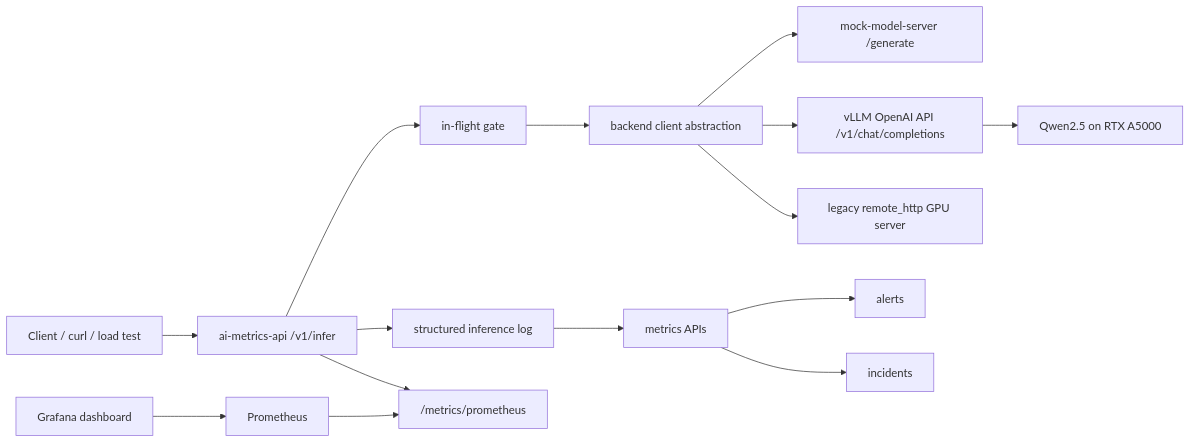
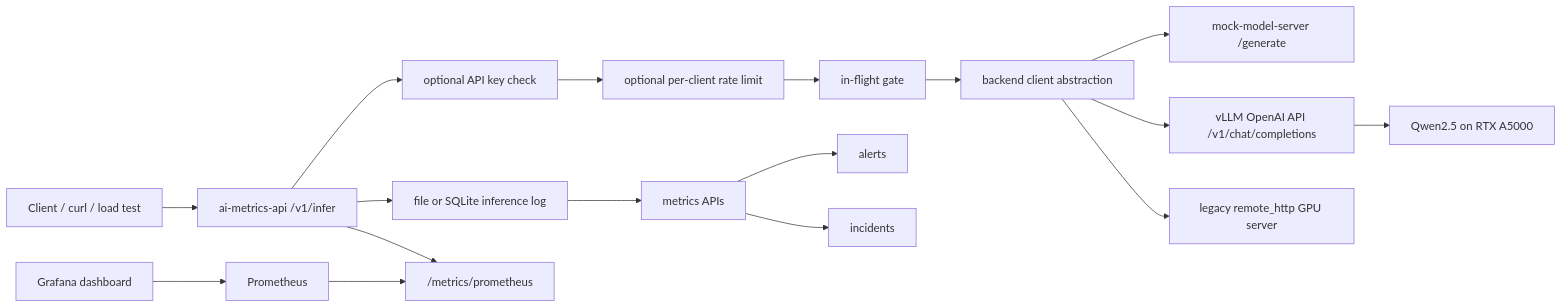
One commit to TEWBB66/ai-infra-learning changed the diagram in README.md. Above: the diagram before and after it, drawn with Mermaid. The commit also changed other lines of this file and 1 other file, not shown here.

````diff
--- a/README.md
+++ b/README.md
@@ -44,23 +48,25 @@
 ```mermaid
 flowchart LR
     Client["Client / curl / load test"] --> API["ai-metrics-api /v1/infer"]
 
-    API --> Gate["in-flight gate"]
+    API --> Auth["optional API key check"]
+    Auth --> RateLimit["optional per-client rate limit"]
+    RateLimit --> Gate["in-flight gate"]
     Gate --> BackendClient["backend client abstraction"]
 
     BackendClient --> Mock["mock-model-server /generate"]
     BackendClient --> VLLM["vLLM OpenAI API /v1/chat/completions"]
     BackendClient --> LegacyGPU["legacy remote_http GPU server"]
 
     VLLM --> Qwen["Qwen2.5 on RTX A5000"]
 
-    API --> Logs["structured inference log"]
+    API --> Logs["file or SQLite inference log"]
     Logs --> Metrics["metrics APIs"]
     API --> Prom["/metrics/prometheus"]
 
     Prometheus["Prometheus"] --> Prom
     Grafana["Grafana dashboard"] --> Prometheus
 
     Metrics --> Alerts["alerts"]
     Metrics --> Incidents["incidents"]
 ```
````
